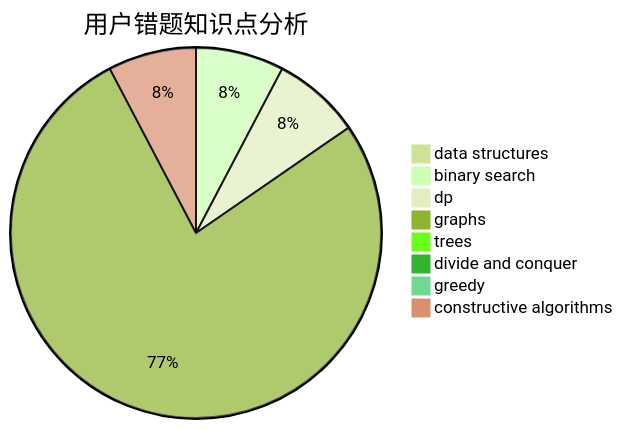
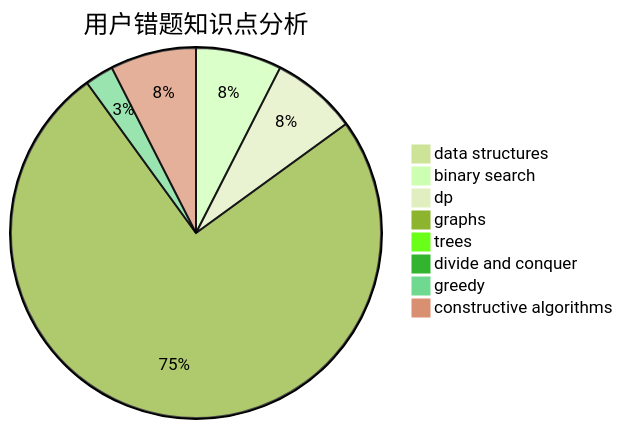
One commit to sherpahu/cfrs.github.io changed the third of 3 diagrams in docs/user/u662.md. Above: the diagram before and after it, drawn with Mermaid (forest theme). The commit also changed other lines of this file and 2770 other files, not shown here.

````diff
--- a/docs/user/u662.md
+++ b/docs/user/u662.md
@@ -36,11 +36,11 @@
 ```mermaid
 pie title 用户错题知识点分析
     "data structures" :  0
     "binary search" :  6
     "dp" :  6
     "graphs" :  60
     "trees" :  0
     "divide and conquer" :  0
-    "greedy" :  0
+    "greedy" :  2
     "constructive algorithms" :  6
 ```
````
